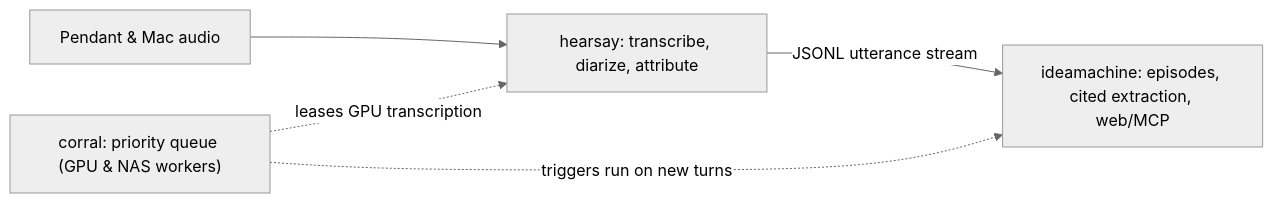
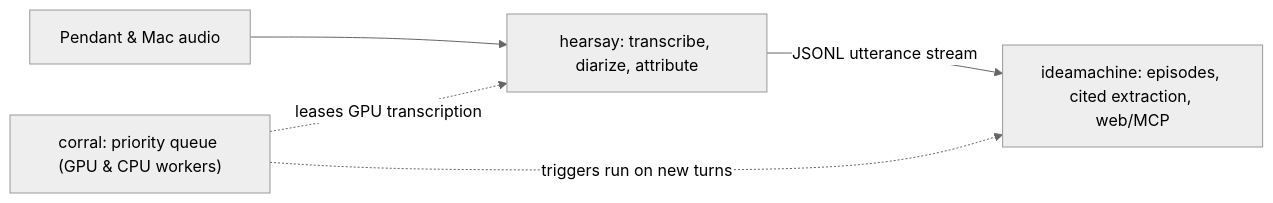
The diagram in profile/README.md (lowmagic/.github), drawn with Mermaid (neutral theme) before and after one commit. The commit also changed other lines of this file, not shown here.

````diff
--- a/profile/README.md
+++ b/profile/README.md
@@ -16,7 +27,7 @@
 ```mermaid
 flowchart LR
   A["Pendant & Mac audio"] --> H["hearsay: transcribe, diarize, attribute"]
   H -- "JSONL utterance stream" --> IM["ideamachine: episodes, cited extraction, web/MCP"]
-  C["corral: priority queue (GPU & NAS workers)"] -. "leases GPU transcription" .-> H
+  C["corral: priority queue (GPU & CPU workers)"] -. "leases GPU transcription" .-> H
   C -. "triggers run on new turns" .-> IM
 ```
````
